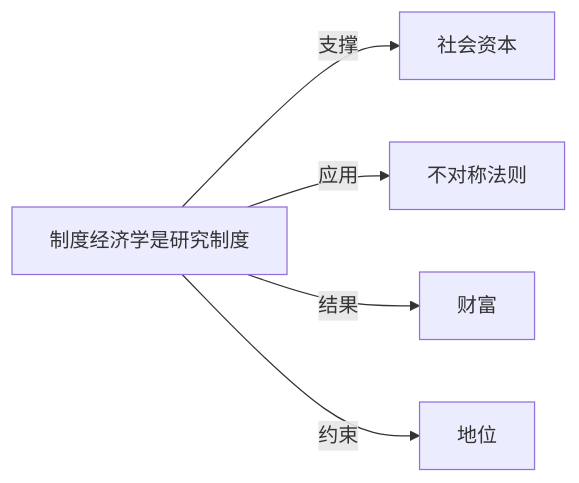
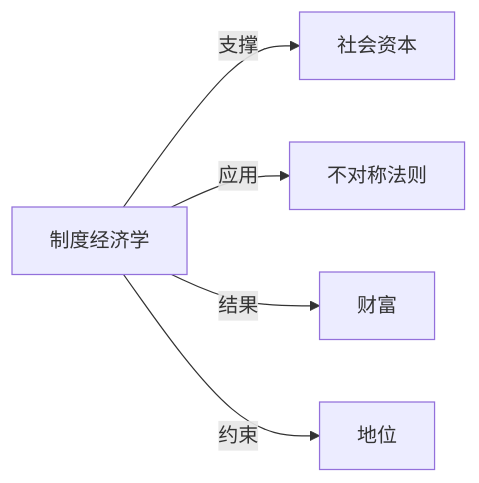
The diagram in Knowledge/Concepts/经济/制度经济学.md (KIMMCHOW/MyKnowledge), drawn with Mermaid before and after one commit. The commit also changed 96 other files, not shown here.

Commit message:
fix: 修复概念页关系图节点并补齐缺失关联

````diff
--- a/Knowledge/Concepts/经济/制度经济学.md
+++ b/Knowledge/Concepts/经济/制度经济学.md
@@ -24,7 +24,7 @@
 ```mermaid
 graph LR
-    制度经济学是研究制度 -->|支撑| 社会资本
-    制度经济学是研究制度 -->|应用| 不对称法则
-    制度经济学是研究制度 -->|结果| 财富
-    制度经济学是研究制度 -->|约束| 地位
+制度经济学 -->|支撑| 社会资本
+制度经济学 -->|应用| 不对称法则
+制度经济学 -->|结果| 财富
+制度经济学 -->|约束| 地位
 ```
````
